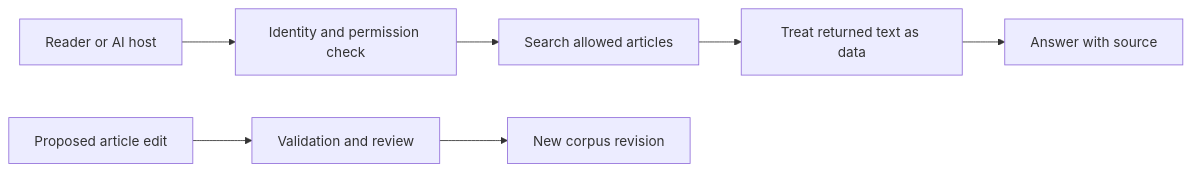
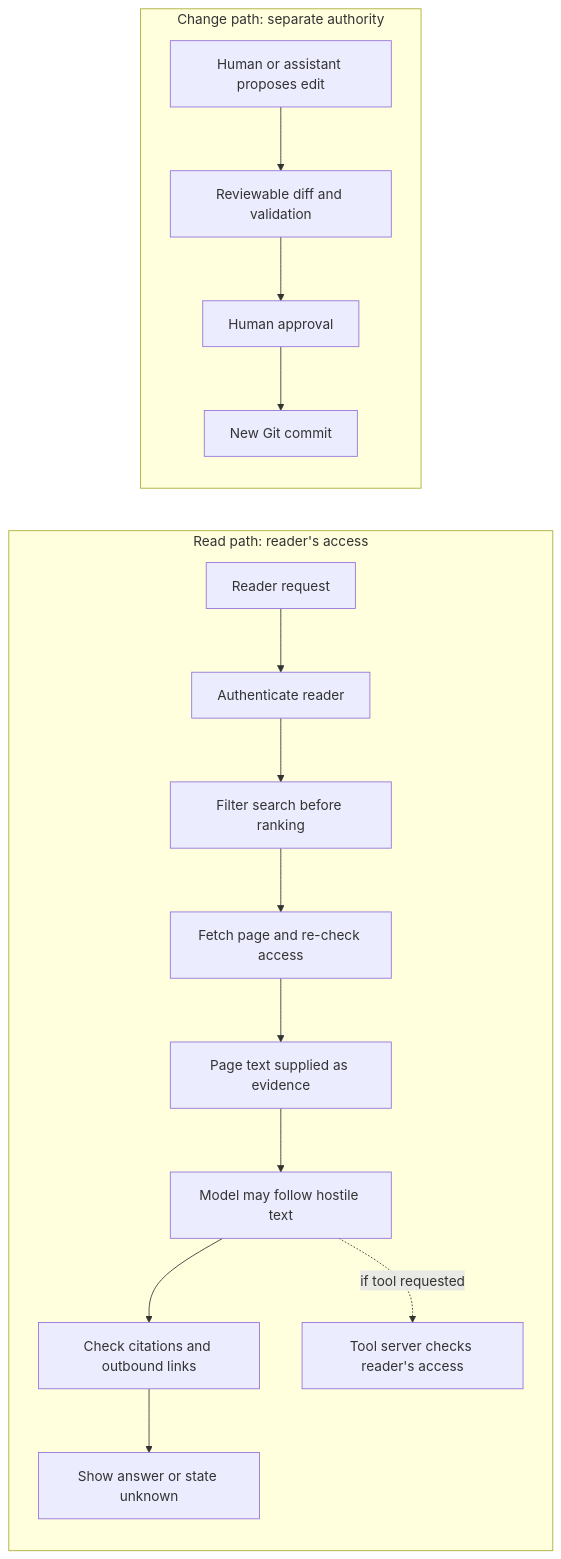
Before and after one commit to David-A18/MY-humble-knowledge-for-everyone: the diagram in knowledge/ai/ai-tooling/knowledge-bases/security-and-governance.md, drawn with Mermaid. The commit also changed other lines of this file and 4 other files, not shown here.

Commit message:
Clarify reader authority in AI knowledge security

````diff
--- a/knowledge/ai/ai-tooling/knowledge-bases/security-and-governance.md
+++ b/knowledge/ai/ai-tooling/knowledge-bases/security-and-governance.md
@@ -66,9 +82,18 @@
 ```mermaid
 flowchart LR
-  caller["Reader or AI host"] --> identity["Identity and permission check"]
-  identity --> allowed["Search allowed articles"]
-  allowed --> content["Treat returned text as data"]
-  content --> answer["Answer with source"]
-  proposal["Proposed article edit"] --> review["Validation and review"]
-  review --> corpus["New corpus revision"]
+  subgraph reading["Read path: reader's access"]
+    reader["Reader request"] --> identity["Authenticate reader"]
+    identity --> allowed["Filter search before ranking"]
+    allowed --> fetch["Fetch page and re-check access"]
+    fetch --> evidence["Page text supplied as evidence"]
+    evidence --> model["Model may follow hostile text"]
+    model --> output["Check citations and outbound links"]
+    output --> answer["Show answer or state unknown"]
+    model -. "if tool requested" .-> toolcheck["Tool server checks reader's access"]
+  end
+  subgraph changing["Change path: separate authority"]
+    proposal["Human or assistant proposes edit"] --> review["Reviewable diff and validation"]
+    review --> approval["Human approval"]
+    approval --> corpus["New Git commit"]
+  end
 ```
````
